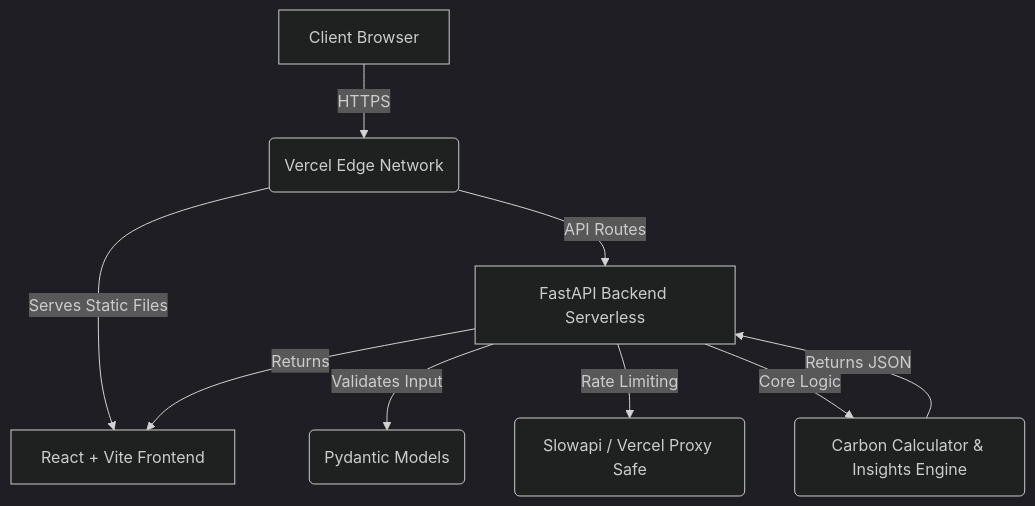
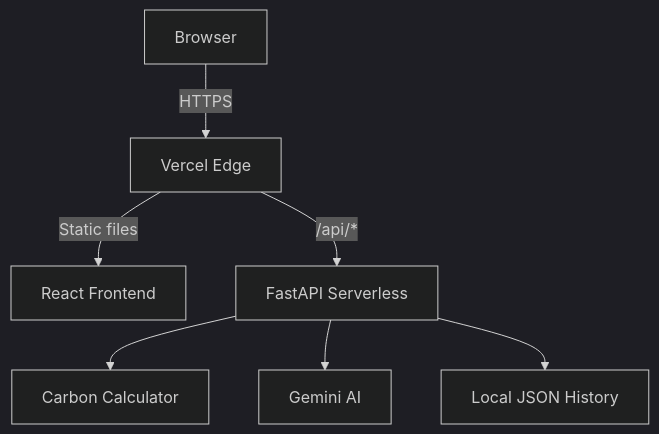
One commit to SATYANARAYANA21/EcoPulse-CarbonFootprint changed the diagram in README.md. Above: the diagram before and after it, drawn with Mermaid (dark theme). The commit also changed other lines of this file, not shown here.

Commit message:
docs: add complete README with live demo link, architecture, and API docs

````diff
--- a/README.md
+++ b/README.md
@@ -14,11 +49,9 @@
 ```mermaid
 graph TD
-    A[Client Browser] -->|HTTPS| B(Vercel Edge Network)
-    B -->|Serves Static Files| C[React + Vite Frontend]
-    B -->|API Routes| D[FastAPI Backend Serverless]
-    D -->|Validates Input| E(Pydantic Models)
-    D -->|Rate Limiting| F(Slowapi / Vercel Proxy Safe)
-    D -->|Core Logic| G(Carbon Calculator & Insights Engine)
-    G -->|Returns JSON| D
-    D -->|Returns| C
+    A[Browser] -->|HTTPS| B[Vercel Edge]
+    B -->|Static files| C[React Frontend]
+    B -->|/api/*| D[FastAPI Serverless]
+    D --> E[Carbon Calculator]
+    D --> F[Gemini AI]
+    D --> G[Local JSON History]
 ```
````
